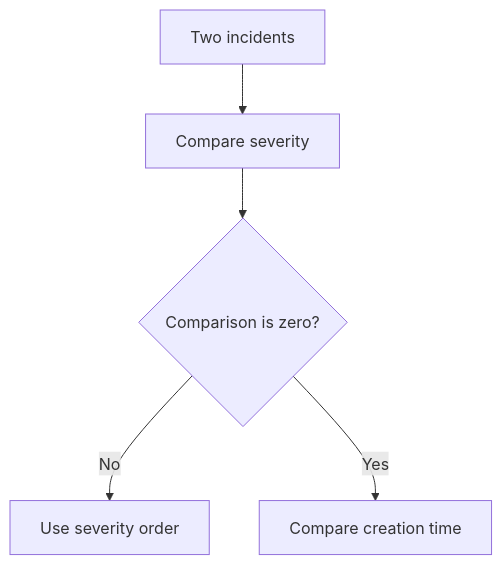
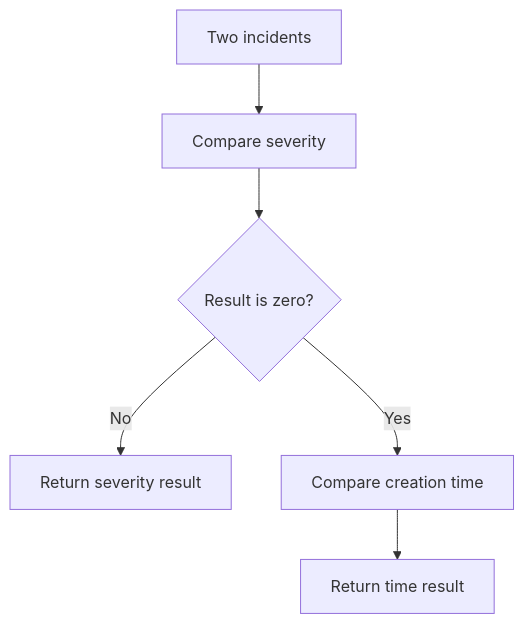
The diagram in docs/src/content/docs/guides/ordering.md (pplnd/core), drawn with Mermaid before and after one commit. The commit also changed other lines of this file and 63 other files, not shown here.

````diff
--- a/docs/src/content/docs/guides/ordering.md
+++ b/docs/src/content/docs/guides/ordering.md
@@ -29,7 +40,8 @@
 ```mermaid
 flowchart TD
-  Pair["Two incidents"] --> Primary["Compare severity"]
-  Primary --> Equal{"Comparison is zero?"}
-  Equal -->|No| First["Use severity order"]
-  Equal -->|Yes| Next["Compare creation time"]
+  Pair["Two incidents"] --> Severity["Compare severity"]
+  Severity --> Tie{"Result is zero?"}
+  Tie -->|No| Ordered["Return severity result"]
+  Tie -->|Yes| Created["Compare creation time"]
+  Created --> Result["Return time result"]
 ```
````
